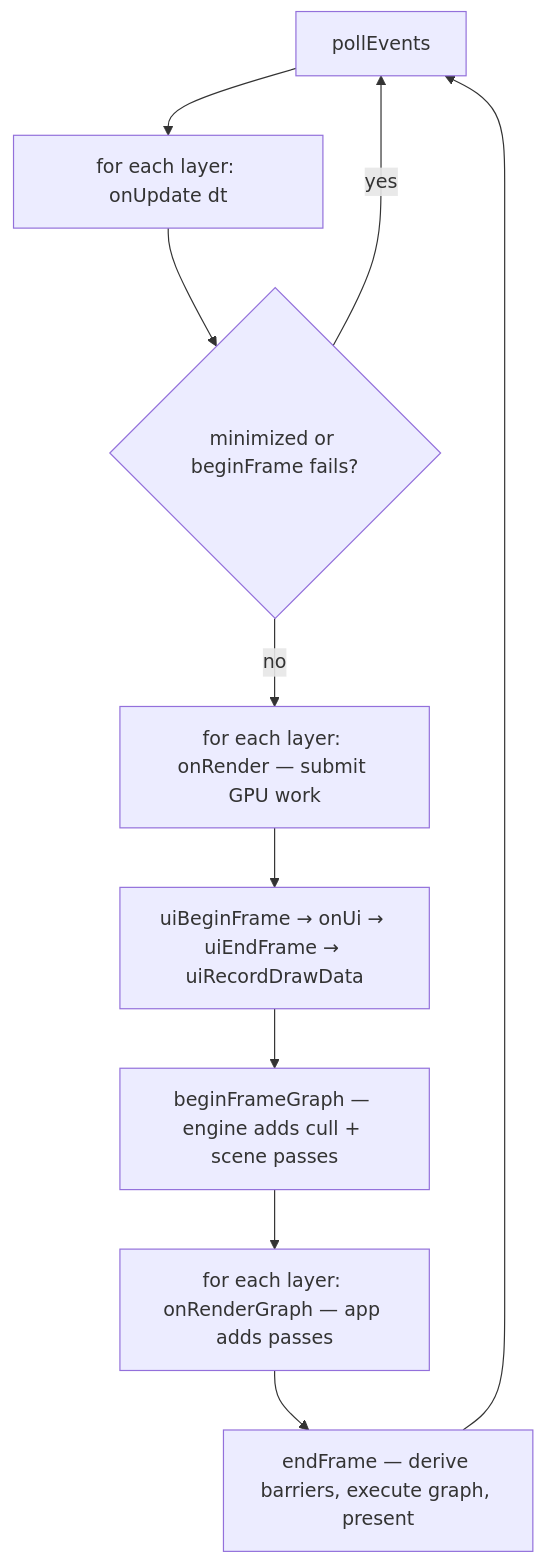
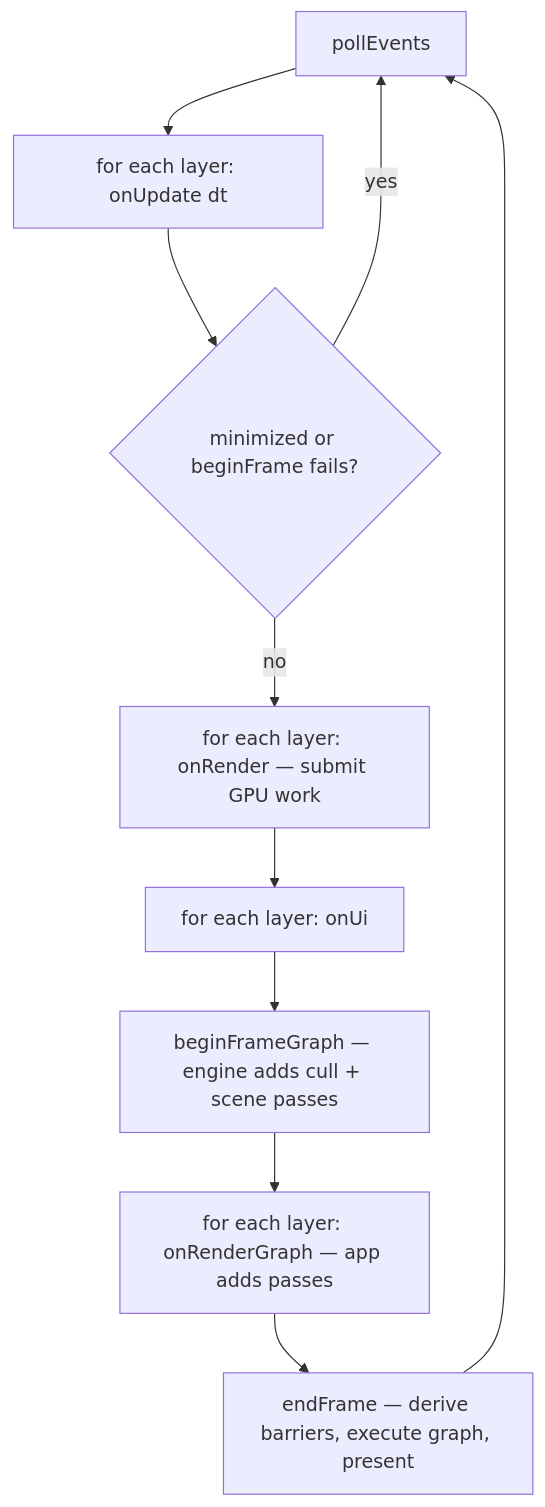
Before and after one commit to saffronjam/saffron-engine: the diagram in docs/content/explanations/app-lifecycle-and-window/main-loop-and-run.md, drawn with Mermaid. The commit also changed other lines of this file and 13 other files, not shown here.

First line of the commit message:
docs: replace ImGui with the present-blit path in the loop and graph

````diff
--- a/docs/content/explanations/app-lifecycle-and-window/main-loop-and-run.md
+++ b/docs/content/explanations/app-lifecycle-and-window/main-loop-and-run.md
@@ -44,12 +43,12 @@
 ```mermaid
 flowchart TD
     P[pollEvents] --> U[for each layer: onUpdate dt]
     U --> M{minimized or beginFrame fails?}
     M -- yes --> P
     M -- no --> R[for each layer: onRender — submit GPU work]
-    R --> UI[uiBeginFrame → onUi → uiEndFrame → uiRecordDrawData]
+    R --> UI[for each layer: onUi]
     UI --> BG[beginFrameGraph — engine adds cull + scene passes]
     BG --> OG[for each layer: onRenderGraph — app adds passes]
     OG --> EF[endFrame — derive barriers, execute graph, present]
     EF --> P
 ```
````
